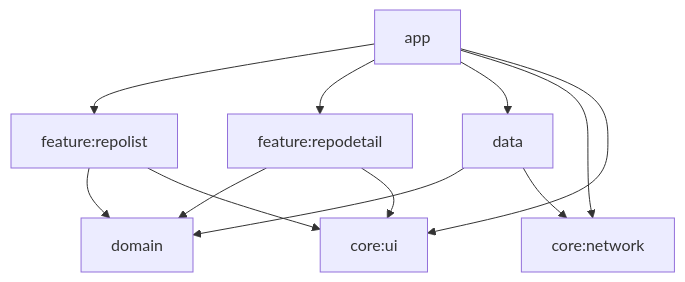
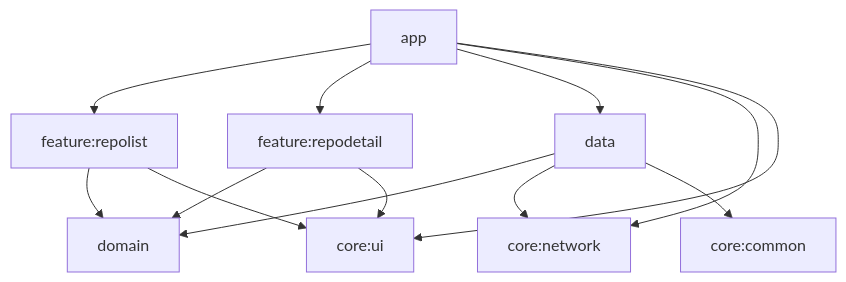
Before and after one commit to Nerojust/clean-architecture-android: the first of 2 diagrams in README.md, drawn with Mermaid. The commit also changed other lines of this file and 13 other files, not shown here.

````diff
--- a/README.md
+++ b/README.md
@@ -9,14 +9,15 @@
 ```mermaid
 graph TD
     app --> feature_repolist[feature:repolist]
     app --> feature_repodetail[feature:repodetail]
     app --> data
     app --> core_network[core:network]
     app --> core_ui[core:ui]
     feature_repolist --> domain
     feature_repodetail --> domain
     feature_repolist --> core_ui
     feature_repodetail --> core_ui
     data --> domain
     data --> core_network
+    data --> core_common[core:common]
 ```
````
